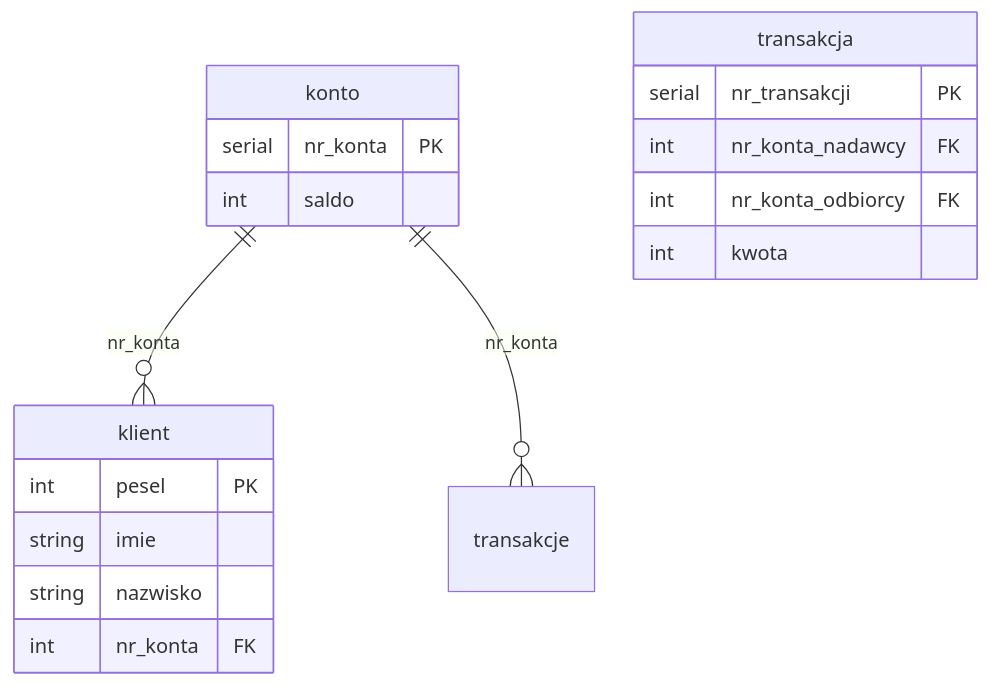
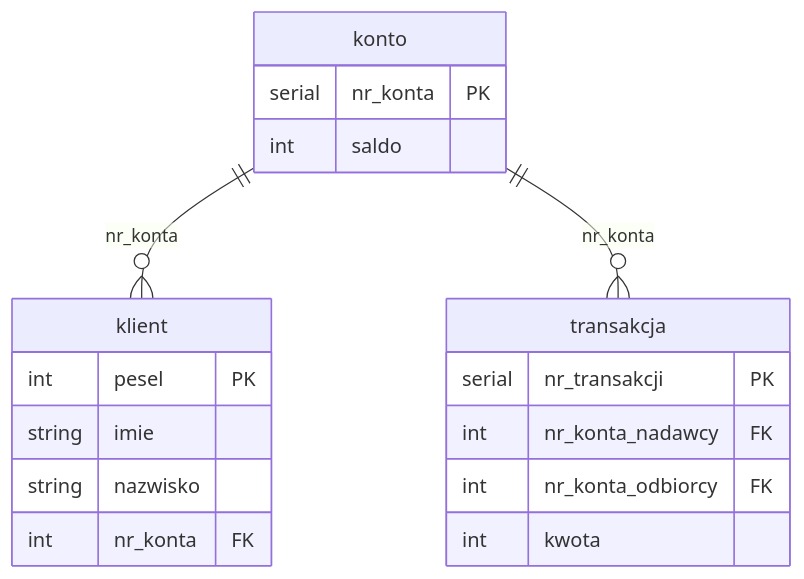
Before and after one commit to martafigurska/MIniBank: the diagram in README.md, drawn with Mermaid.

Commit message:
transaction changes

````diff
--- a/README.md
+++ b/README.md
@@ -8,25 +8,25 @@
 ```mermaid
 erDiagram
     klient {
         int pesel PK
         string imie
         string nazwisko
         int nr_konta FK 
     }
 
     konto {
         serial nr_konta PK
         int saldo 
     }
 
     transakcja {
         serial nr_transakcji PK
         int nr_konta_nadawcy FK
         int nr_konta_odbiorcy FK
         int kwota
     }
 
     konto ||--o{ klient : "nr_konta"
-    konto ||--o{ transakcje : "nr_konta"
+    konto ||--o{ transakcja : "nr_konta"
 
 ```
````
